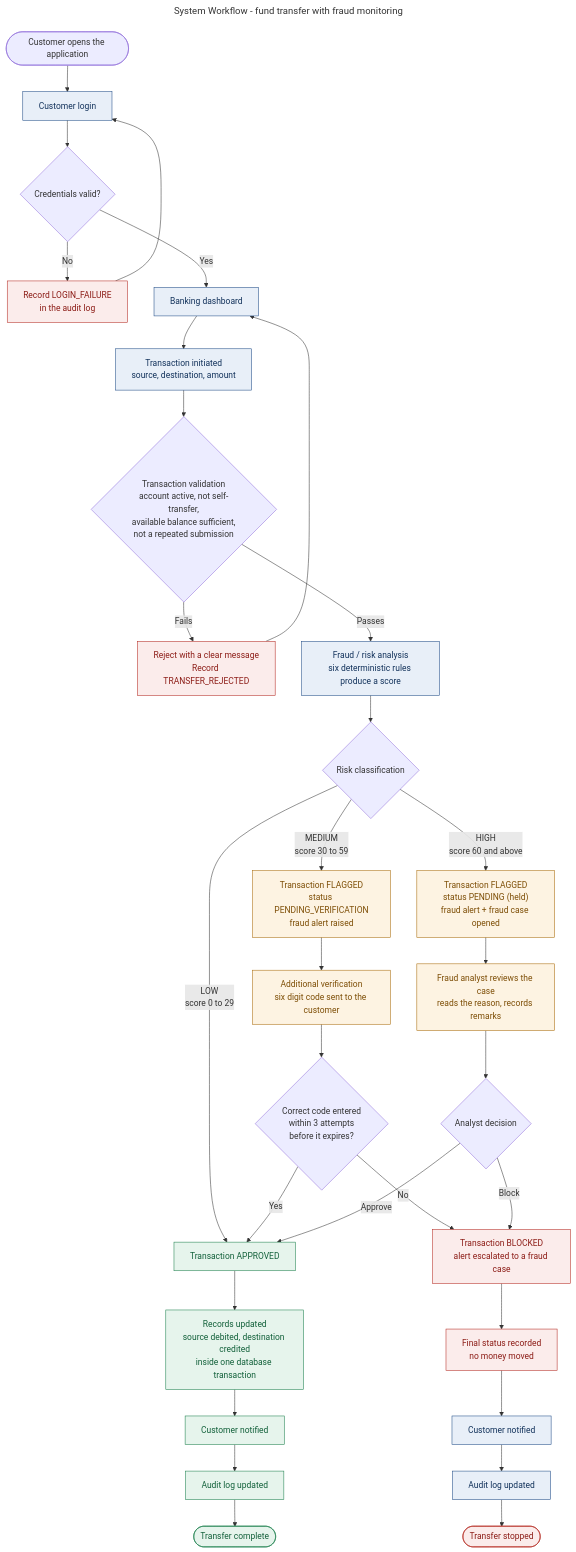
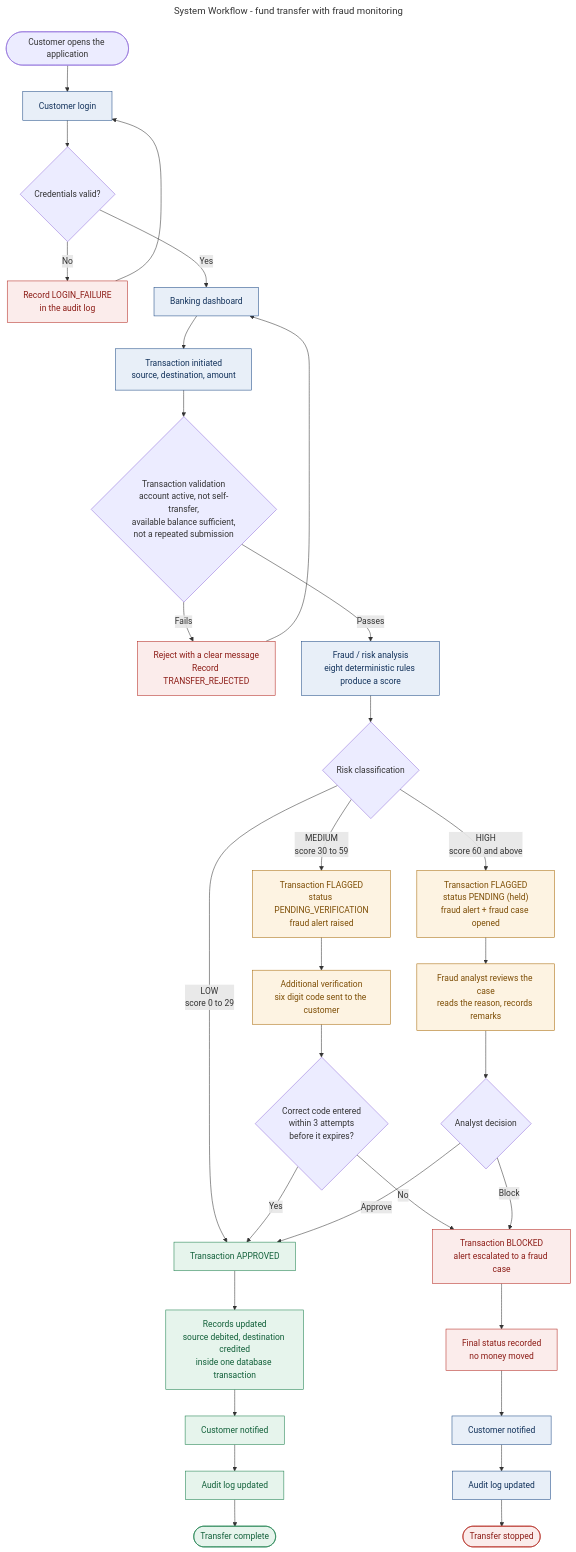
Before and after one commit to anmol-228/online-banking-fraud-detection-system: the diagram in docs/diagrams/04_activity_workflow.mmd, drawn with Mermaid. The commit also changed 20 other files, not shown here.

```diff
--- a/docs/diagrams/04_activity_workflow.mmd
+++ b/docs/diagrams/04_activity_workflow.mmd
@@ -1,48 +1,48 @@
 ---
 title: System Workflow - fund transfer with fraud monitoring
 ---
 flowchart TB
     START(["Customer opens the application"]) --> LOGIN["Customer login"]
     LOGIN --> AUTH{"Credentials valid?"}
     AUTH -- "No" --> AUDIT_FAIL["Record LOGIN_FAILURE<br/>in the audit log"] --> LOGIN
     AUTH -- "Yes" --> DASH["Banking dashboard"]
 
     DASH --> INIT["Transaction initiated<br/>source, destination, amount"]
     INIT --> VALID{"Transaction validation<br/>account active, not self-transfer,<br/>available balance sufficient,<br/>not a repeated submission"}
     VALID -- "Fails" --> REJECT["Reject with a clear message<br/>Record TRANSFER_REJECTED"] --> DASH
 
-    VALID -- "Passes" --> RISK["Fraud / risk analysis<br/>six deterministic rules produce a score"]
+    VALID -- "Passes" --> RISK["Fraud / risk analysis<br/>eight deterministic rules produce a score"]
     RISK --> CLASSIFY{"Risk classification"}
 
     CLASSIFY -- "LOW<br/>score 0 to 29" --> APPROVE["Transaction APPROVED"]
     APPROVE --> UPDATE["Records updated<br/>source debited, destination credited<br/>inside one database transaction"]
     UPDATE --> NOTIFY1["Customer notified"]
     NOTIFY1 --> AUDIT1["Audit log updated"]
     AUDIT1 --> ENDOK(["Transfer complete"])
 
     CLASSIFY -- "MEDIUM<br/>score 30 to 59" --> FLAG1["Transaction FLAGGED<br/>status PENDING_VERIFICATION<br/>fraud alert raised"]
     FLAG1 --> VERIFY["Additional verification<br/>six digit code sent to the customer"]
     VERIFY --> CODE{"Correct code entered<br/>within 3 attempts<br/>before it expires?"}
     CODE -- "Yes" --> APPROVE
     CODE -- "No" --> BLOCK["Transaction BLOCKED<br/>alert escalated to a fraud case"]
 
     CLASSIFY -- "HIGH<br/>score 60 and above" --> FLAG2["Transaction FLAGGED<br/>status PENDING (held)<br/>fraud alert + fraud case opened"]
     FLAG2 --> REVIEW["Fraud analyst reviews the case<br/>reads the reason, records remarks"]
     REVIEW --> DECISION{"Analyst decision"}
     DECISION -- "Approve" --> APPROVE
     DECISION -- "Block" --> BLOCK
 
     BLOCK --> FINAL["Final status recorded<br/>no money moved"]
     FINAL --> NOTIFY2["Customer notified"]
     NOTIFY2 --> AUDIT2["Audit log updated"]
     AUDIT2 --> ENDBLOCK(["Transfer stopped"])
 
     classDef ok fill:#e6f4ec,stroke:#1a7f4b,color:#12603a
     classDef warn fill:#fdf3e2,stroke:#a86a09,color:#7d4e06
     classDef bad fill:#fbeceb,stroke:#b3261e,color:#8c1c16
     classDef step fill:#e8eff8,stroke:#1d4a85,color:#12325b
 
     class APPROVE,UPDATE,NOTIFY1,AUDIT1,ENDOK ok
     class FLAG1,FLAG2,VERIFY,REVIEW warn
     class BLOCK,REJECT,FINAL,ENDBLOCK,AUDIT_FAIL bad
     class LOGIN,DASH,INIT,RISK,NOTIFY2,AUDIT2 step
```
